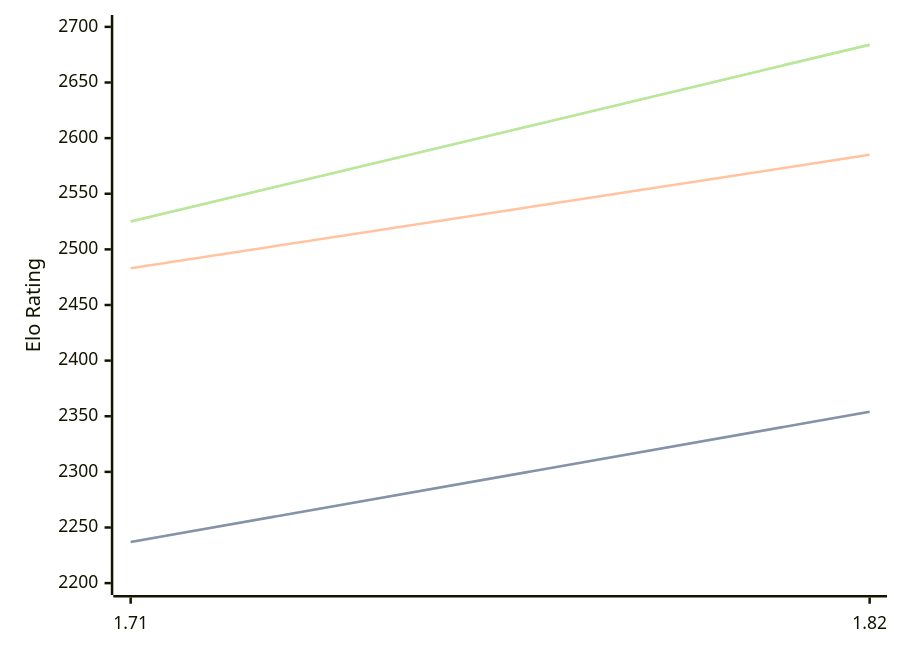
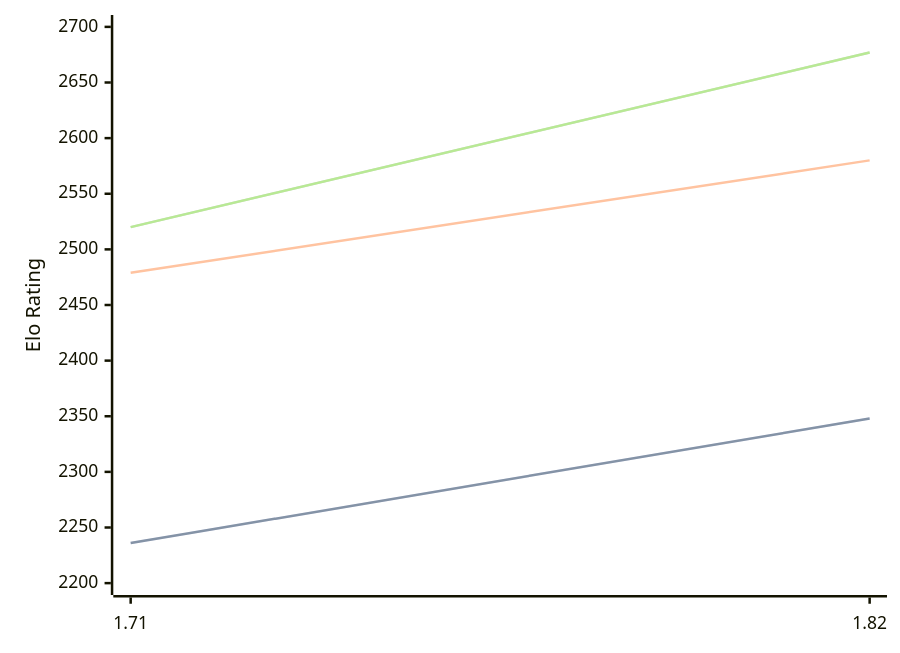
The diagram in engines/Amira.md (computer-chess-index/cci), drawn with Mermaid before and after one commit. The commit also changed other lines of this file, not shown here.

Commit message:
Update CCI Ratings (ELO VLTC) - 2026-05-18

````diff
--- a/engines/Amira.md
+++ b/engines/Amira.md
@@ -35,11 +35,11 @@
 ```mermaid
 %%{init: {"theme":"base","themeVariables":{"seriesColors:['#a3a3a3','#222221','#faa371']}}}%%
 xychart-beta
   x-axis ["1.71", "1.82"]
   y-axis "Elo Rating" 2200 --> 2700
-  line "STC (8.0+0.08s)" [2237, 2354]
-  line "STC (8.0+0.08s)" [2237, 2354]
-  line "LTC (60.0+0.60s)" [2483, 2585]
-  line "VLTC (2m24s+1.12s)" [2525, 2684]
-  line "VLTC (2m24s+1.12s)" [2525, 2684]
+  line "STC (8.0+0.08s)" [2236, 2348]
+  line "STC (8.0+0.08s)" [2236, 2348]
+  line "LTC (60.0+0.60s)" [2479, 2580]
+  line "VLTC (2m24s+1.12s)" [2520, 2677]
+  line "VLTC (2m24s+1.12s)" [2520, 2677]
 ```
````
